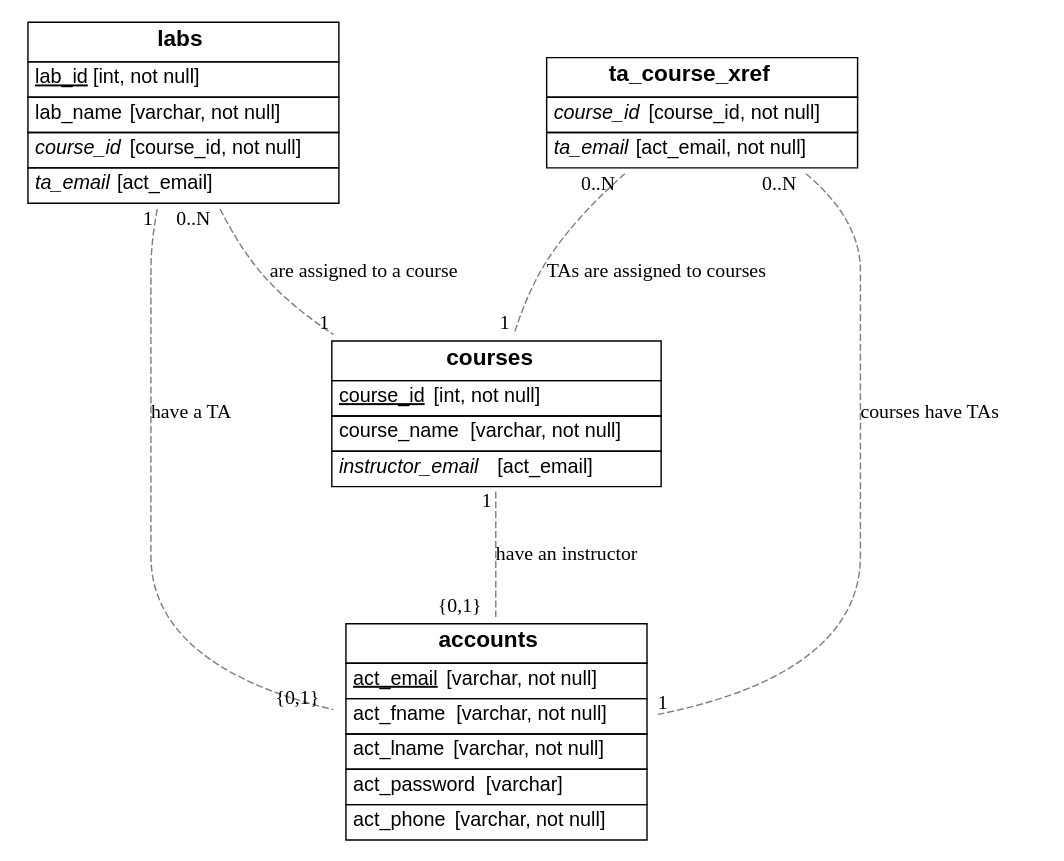
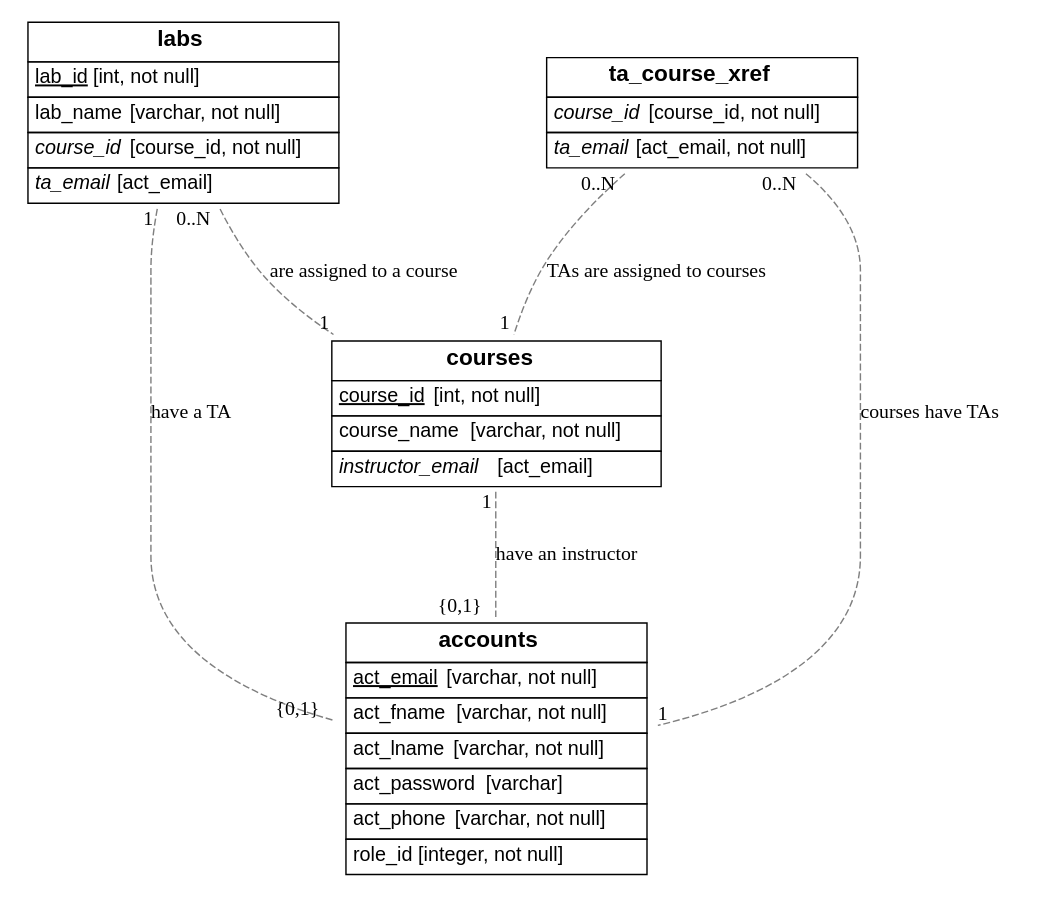
One commit to dakotamaker/TA-scheduler changed the diagram in database/erd.dot. Above: the diagram before and after it, drawn with Graphviz. The commit also changed 2 other files, not shown here.

Commit message:
updated diagram

```diff
--- a/database/erd.dot
+++ b/database/erd.dot
@@ -1,28 +1,28 @@
 graph {
 	node [label="\N",
 		shape=plaintext
 	];
 	edge [color=gray50,
 		minlen=2,
 		style=dashed
 	];
-	accounts	 [label=<<FONT FACE="Helvetica"><TABLE BORDER="0" CELLBORDER="1" CELLPADDING="4" CELLSPACING="0"><TR><TD><B><FONT POINT-SIZE="16">accounts</FONT></B></TD></TR><TR><TD ALIGN="LEFT"><U><FONT>act_email</FONT></U><FONT> [varchar, not null]</FONT></TD></TR><TR><TD ALIGN="LEFT"><FONT>act_fname</FONT><FONT> [varchar, not null]</FONT></TD></TR><TR><TD ALIGN="LEFT"><FONT>act_lname</FONT><FONT> [varchar, not null]</FONT></TD></TR><TR><TD ALIGN="LEFT"><FONT>act_password</FONT><FONT> [varchar]</FONT></TD></TR><TR><TD ALIGN="LEFT"><FONT>act_phone</FONT><FONT> [varchar, not null]</FONT></TD></TR></TABLE></FONT>>];
+	accounts	 [label=<<FONT FACE="Helvetica"><TABLE BORDER="0" CELLBORDER="1" CELLPADDING="4" CELLSPACING="0"><TR><TD><B><FONT POINT-SIZE="16">accounts</FONT></B></TD></TR><TR><TD ALIGN="LEFT"><U><FONT>act_email</FONT></U><FONT> [varchar, not null]</FONT></TD></TR><TR><TD ALIGN="LEFT"><FONT>act_fname</FONT><FONT> [varchar, not null]</FONT></TD></TR><TR><TD ALIGN="LEFT"><FONT>act_lname</FONT><FONT> [varchar, not null]</FONT></TD></TR><TR><TD ALIGN="LEFT"><FONT>act_password</FONT><FONT> [varchar]</FONT></TD></TR><TR><TD ALIGN="LEFT"><FONT>act_phone</FONT><FONT> [varchar, not null]</FONT></TD></TR><TR><TD ALIGN="LEFT"><FONT>role_id</FONT><FONT> [integer, not null]</FONT></TD></TR></TABLE></FONT>>];
 	courses	 [label=<<FONT FACE="Helvetica"><TABLE BORDER="0" CELLBORDER="1" CELLPADDING="4" CELLSPACING="0"><TR><TD><B><FONT POINT-SIZE="16">courses</FONT></B></TD></TR><TR><TD ALIGN="LEFT"><U><FONT>course_id</FONT></U><FONT> [int, not null]</FONT></TD></TR><TR><TD ALIGN="LEFT"><FONT>course_name</FONT><FONT> [varchar, not null]</FONT></TD></TR><TR><TD ALIGN="LEFT"><I><FONT>instructor_email</FONT></I><FONT> [act_email]</FONT></TD></TR></TABLE></FONT>>];
 	courses -- accounts	 [headlabel=<<FONT>{0,1}</FONT>>,
 		label=<<FONT> have an instructor </FONT>>,
 		taillabel=<<FONT>1</FONT>>];
 	labs	 [label=<<FONT FACE="Helvetica"><TABLE BORDER="0" CELLBORDER="1" CELLPADDING="4" CELLSPACING="0"><TR><TD><B><FONT POINT-SIZE="16">labs</FONT></B></TD></TR><TR><TD ALIGN="LEFT"><U><FONT>lab_id</FONT></U><FONT> [int, not null]</FONT></TD></TR><TR><TD ALIGN="LEFT"><FONT>lab_name</FONT><FONT> [varchar, not null]</FONT></TD></TR><TR><TD ALIGN="LEFT"><I><FONT>course_id</FONT></I><FONT> [course_id, not null]</FONT></TD></TR><TR><TD ALIGN="LEFT"><I><FONT>ta_email</FONT></I><FONT> [act_email]</FONT></TD></TR></TABLE></FONT>>];
 	labs -- accounts	 [headlabel=<<FONT>{0,1}</FONT>>,
 		label=<<FONT> have a TA </FONT>>,
 		taillabel=<<FONT>1</FONT>>];
 	labs -- courses	 [headlabel=<<FONT>1</FONT>>,
 		label=<<FONT> are assigned to a course </FONT>>,
 		taillabel=<<FONT>0..N</FONT>>];
 	ta_course_xref	 [label=<<FONT FACE="Helvetica"><TABLE BORDER="0" CELLBORDER="1" CELLPADDING="4" CELLSPACING="0"><TR><TD><B><FONT POINT-SIZE="16">ta_course_xref</FONT></B></TD></TR><TR><TD ALIGN="LEFT"><I><FONT>course_id</FONT></I><FONT> [course_id, not null]</FONT></TD></TR><TR><TD ALIGN="LEFT"><I><FONT>ta_email</FONT></I><FONT> [act_email, not null]</FONT></TD></TR></TABLE></FONT>>];
 	ta_course_xref -- accounts	 [headlabel=<<FONT>1</FONT>>,
 		label=<<FONT> courses have TAs </FONT>>,
 		taillabel=<<FONT>0..N</FONT>>];
 	ta_course_xref -- courses	 [headlabel=<<FONT>1</FONT>>,
 		label=<<FONT> TAs are assigned to courses </FONT>>,
 		taillabel=<<FONT>0..N</FONT>>];
 }
```
